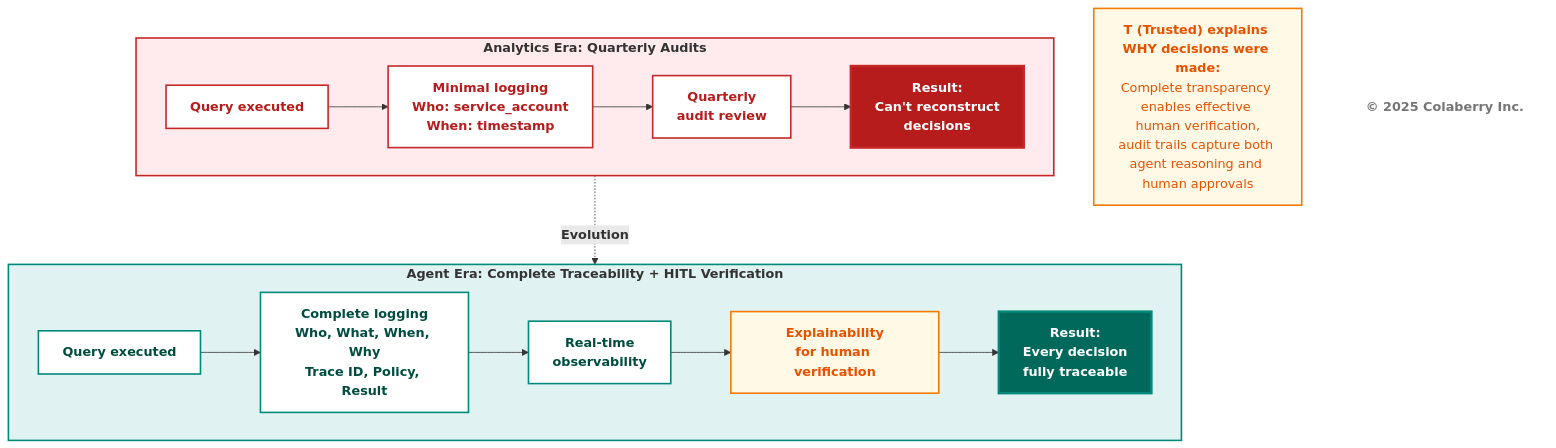
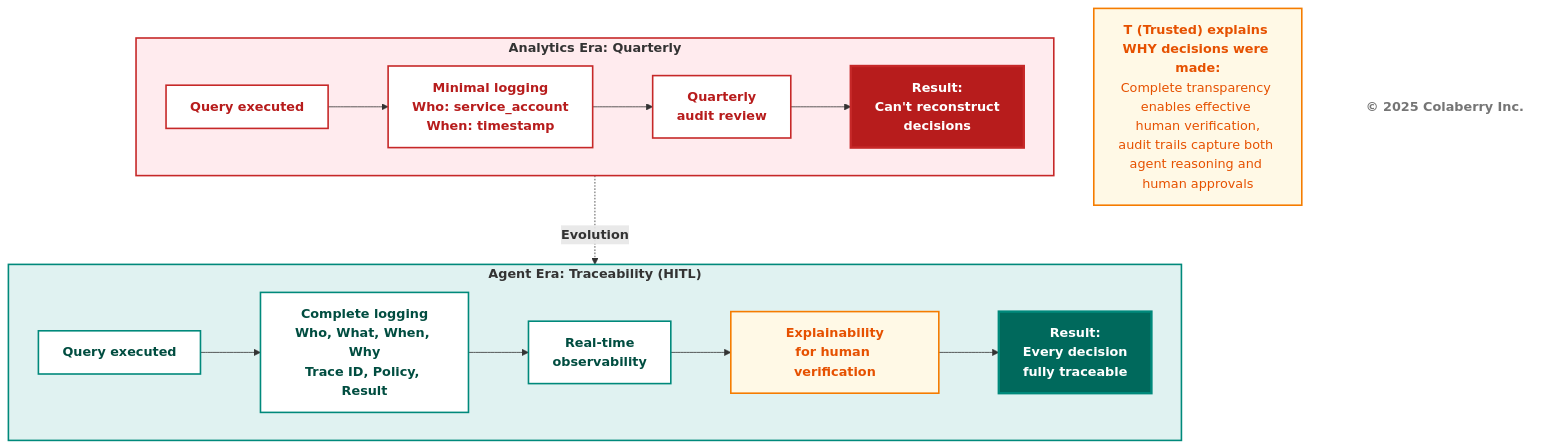
One commit to colaberry/enterprise-data-readiness-ai-agents changed the ninth of 9 diagrams in chapter-00/chapter_00_complete.md. Above: the diagram before and after it, drawn with Mermaid. The commit also changed other lines of this file, not shown here.

````diff
--- a/chapter-00/chapter_00_complete.md
+++ b/chapter-00/chapter_00_complete.md
@@ -885,40 +894,40 @@
 ```mermaid
 graph TB
-    subgraph ERA1["<b>Analytics Era: Quarterly Audits</b>"]
+    subgraph ERA1["<b>Analytics Era: Quarterly</b>"]
         direction LR
         A1["<b>Query executed</b>"] --> B1["<b>Minimal logging<br/>Who: service_account<br/>When: timestamp</b>"]
         B1 --> C1["<b>Quarterly<br/>audit review</b>"]
         C1 --> D1["<b>Result:<br/>Can't reconstruct<br/>decisions</b>"]
         
         style D1 fill:#b71c1c,color:#ffffff,stroke:#c62828,stroke-width:3px
     end
     
     ERA1 -.->|<b>Evolution</b>| ERA2
     
-    subgraph ERA2["<b>Agent Era: Complete Traceability + HITL Verification</b>"]
+    subgraph ERA2["<b>Agent Era: Traceability (HITL)</b>"]
         direction LR
         A2["<b>Query executed</b>"] --> B2["<b>Complete logging<br/>Who, What, When, Why<br/>Trace ID, Policy, Result</b>"]
         B2 --> C2["<b>Real-time<br/>observability</b>"]
         C2 --> D2["<b>Explainability<br/>for human verification</b>"]
         D2 --> E2["<b>Result:<br/>Every decision<br/>fully traceable</b>"]
         
         style E2 fill:#00695c,color:#ffffff,stroke:#00897b,stroke-width:3px
         style D2 fill:#fff9e6,stroke:#f57c00,stroke-width:2px,color:#e65100
     end
     
     style ERA1 fill:#ffebee,stroke:#c62828,stroke-width:2px
     style A1 fill:#ffffff,stroke:#c62828,stroke-width:2px,color:#b71c1c
     style B1 fill:#ffffff,stroke:#c62828,stroke-width:2px,color:#b71c1c
     style C1 fill:#ffffff,stroke:#c62828,stroke-width:2px,color:#b71c1c
     
     style ERA2 fill:#e0f2f1,stroke:#00897b,stroke-width:2px
     style A2 fill:#ffffff,stroke:#00897b,stroke-width:2px,color:#004d40
     style B2 fill:#ffffff,stroke:#00897b,stroke-width:2px,color:#004d40
     style C2 fill:#ffffff,stroke:#00897b,stroke-width:2px,color:#004d40
     
     HITL_NOTE["<b>T (Trusted) explains WHY decisions were made:</b><br/>Complete transparency enables effective human verification,<br/>audit trails capture both agent reasoning and human approvals"]
     style HITL_NOTE fill:#fff9e6,stroke:#f57c00,stroke-width:2px,color:#e65100
     
     Copyright["<b>© 2025 Colaberry Inc.</b>"]
     style Copyright fill:#ffffff,stroke:none,color:#757575
 ```
````
